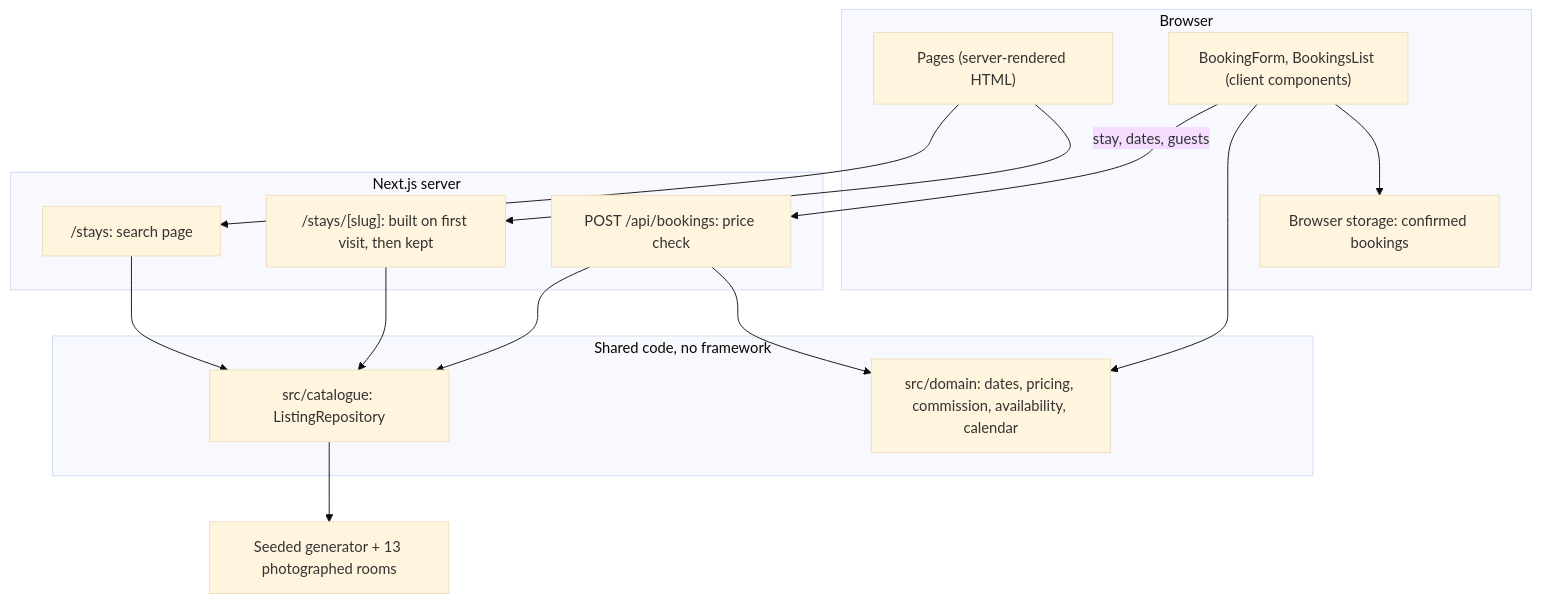
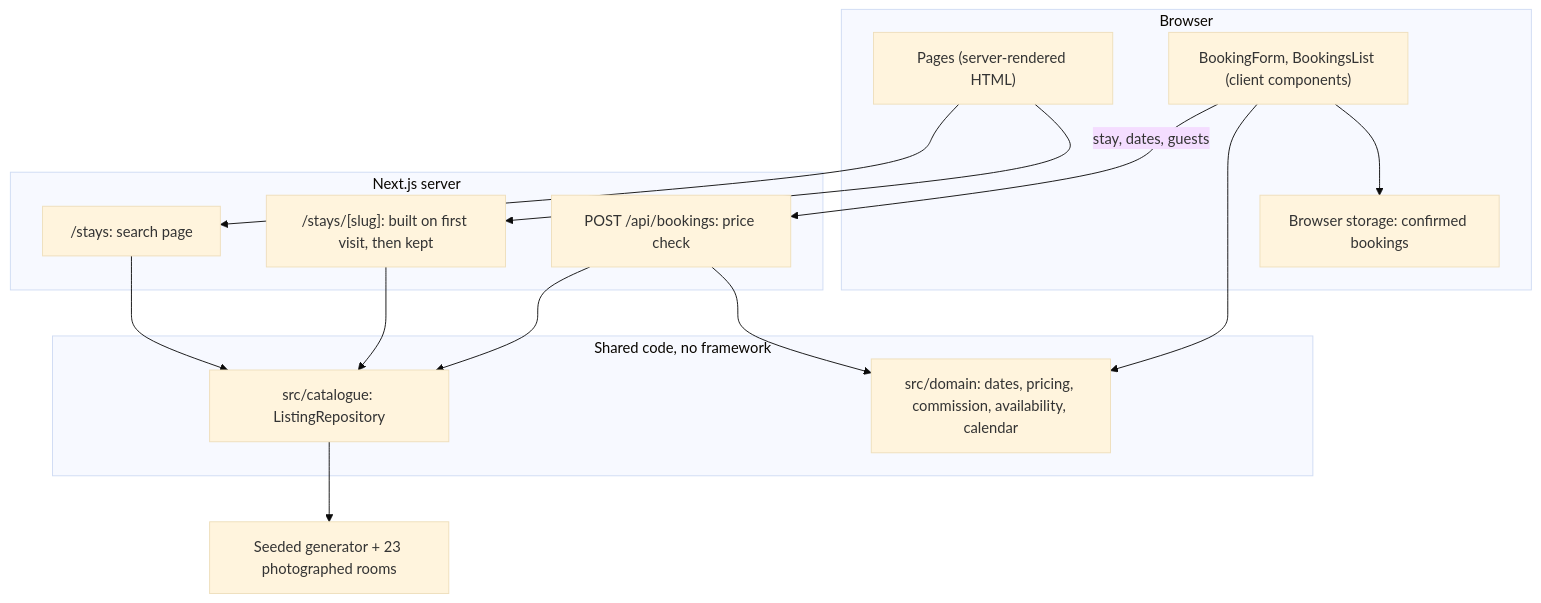
Before and after one commit to HenryG-code/book360: the second of 2 diagrams in docs/architecture.md, drawn with Mermaid (base theme). The commit also changed other lines of this file and 73 other files, not shown here.

````diff
--- a/docs/architecture.md
+++ b/docs/architecture.md
@@ -59,26 +59,26 @@
 ```mermaid
 flowchart TD
   subgraph browser["Browser"]
     pages["Pages (server-rendered HTML)"]
     form["BookingForm, BookingsList (client components)"]
     store["Browser storage: confirmed bookings"]
   end
   subgraph server["Next.js server"]
     search["/stays: search page"]
     stay["/stays/[slug]: built on first visit, then kept"]
     api["POST /api/bookings: price check"]
   end
   subgraph shared["Shared code, no framework"]
     domain["src/domain: dates, pricing, commission, availability, calendar"]
     repo["src/catalogue: ListingRepository"]
   end
-  gen["Seeded generator + 13 photographed rooms"]
+  gen["Seeded generator + 23 photographed rooms"]
   pages --> search --> repo
   pages --> stay --> repo
   form -->|stay, dates, guests| api
   api --> repo
   api --> domain
   form --> domain
   form --> store
   repo --> gen
 ```
````
